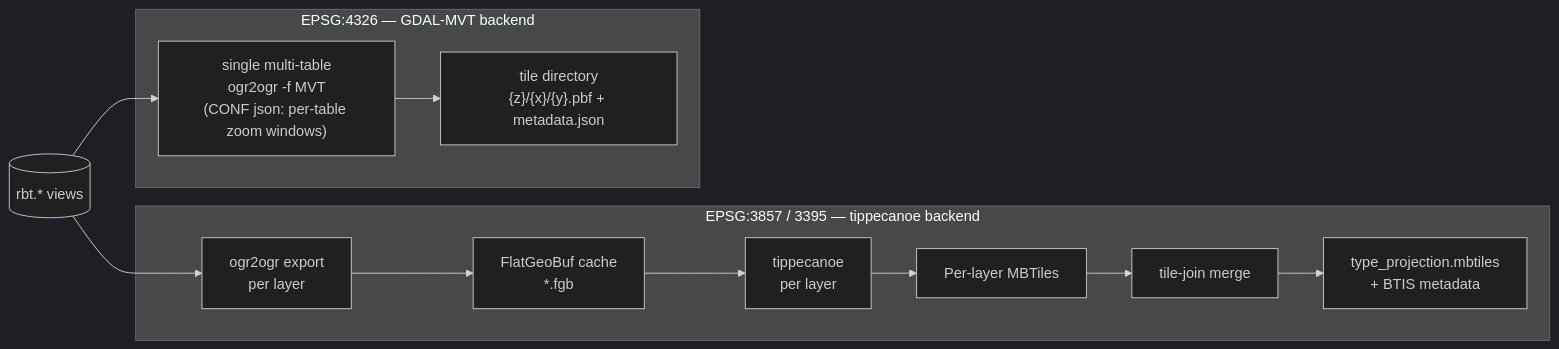
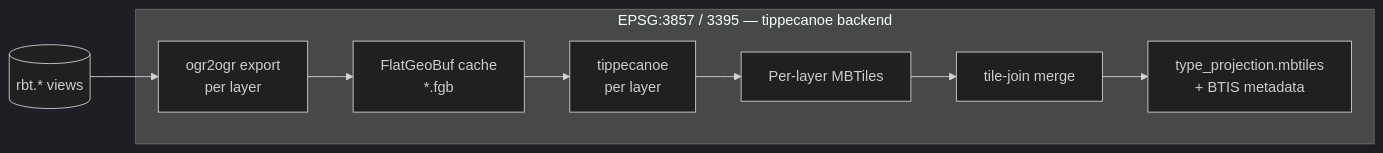
Before and after one commit to mjj203/rbt-data-generator: the fourth of 4 diagrams in docs/architecture.md, drawn with Mermaid (dark theme). The commit also changed other lines of this file and 35 other files, not shown here.

````diff
--- a/docs/architecture.md
+++ b/docs/architecture.md
@@ -200,18 +197,12 @@
 ```mermaid
 graph LR
     A[("rbt.* views")]
 
     subgraph "EPSG:3857 / 3395 — tippecanoe backend"
         B["ogr2ogr export<br/>per layer"] --> C["FlatGeoBuf cache<br/>*.fgb"]
         C --> D["tippecanoe<br/>per layer"] --> E["Per-layer MBTiles"]
         E --> F["tile-join merge"] --> G["type_projection.mbtiles<br/>+ BTIS metadata"]
     end
-    
-    subgraph "EPSG:4326 — GDAL-MVT backend"
-        H["single multi-table<br/>ogr2ogr -f MVT<br/>(CONF json: per-table zoom windows)"]
-        H --> I["tile directory<br/>{z}/{x}/{y}.pbf + metadata.json"]
-    end
 
     A --> B
-    A --> H
 ```
````
